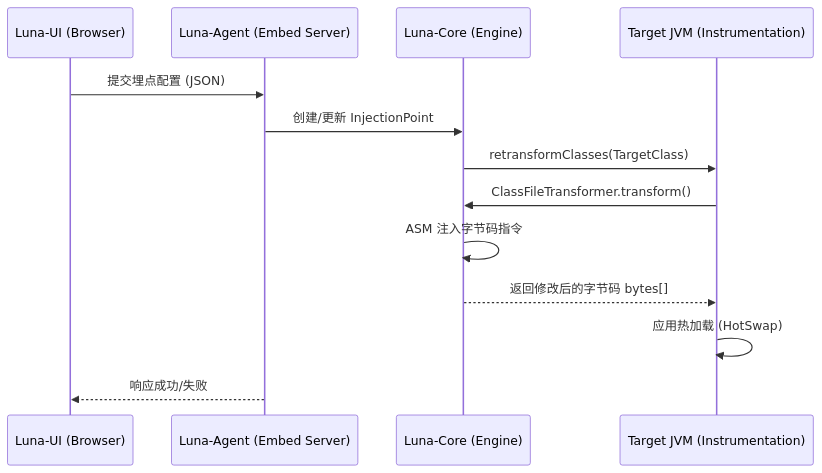
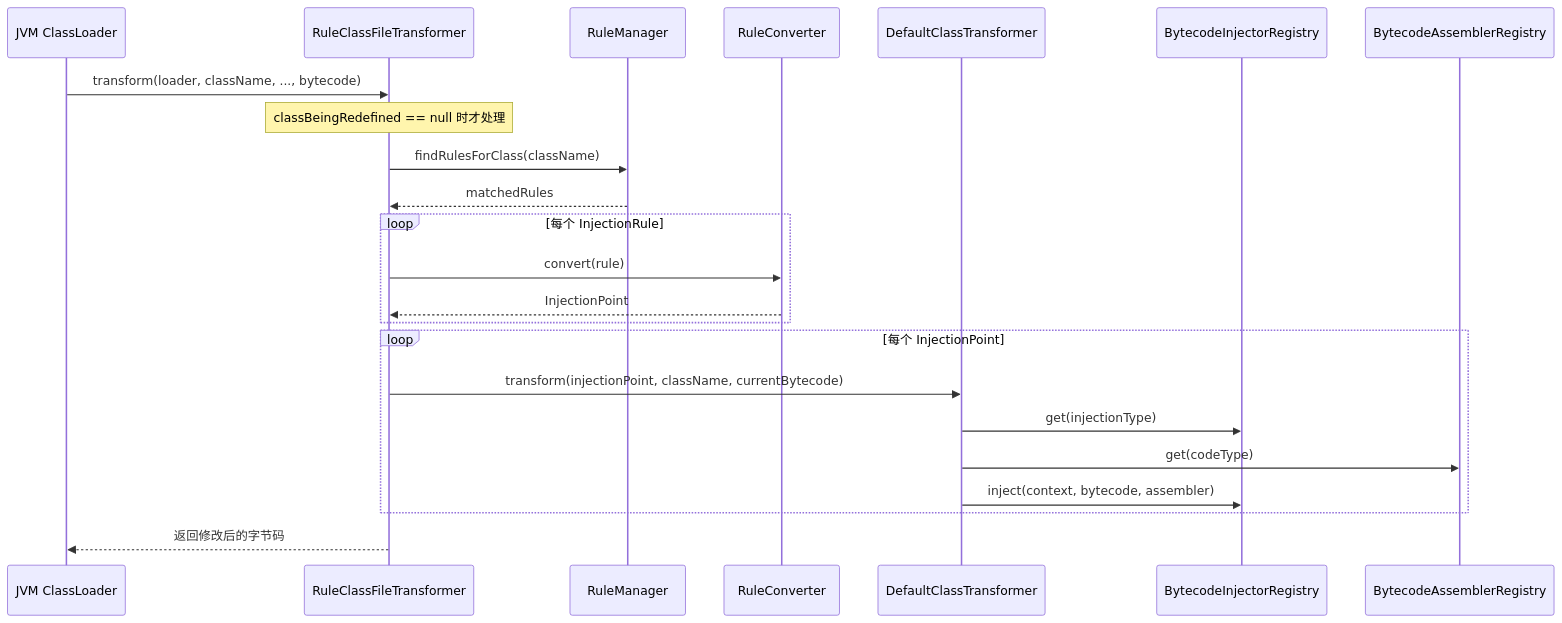
The third of 17 diagrams in doc/技术架构设计.md (Tonys-L/Luna), drawn with Mermaid before and after one commit. The commit also changed other lines of this file and 141 other files, not shown here.

````diff
--- a/doc/技术架构设计.md
+++ b/doc/技术架构设计.md
@@ -61,16 +241,26 @@
 ```mermaid
 sequenceDiagram
-    participant UI as Luna-UI (Browser)
-    participant Jetty as Luna-Agent (Embed Server)
-    participant Core as Luna-Core (Engine)
-    participant JVM as Target JVM (Instrumentation)
+    participant JVM as JVM ClassLoader
+    participant RCFT as RuleClassFileTransformer
+    participant RM as RuleManager
+    participant RC as RuleConverter
+    participant DCT as DefaultClassTransformer
+    participant BIR as BytecodeInjectorRegistry
+    participant BAR as BytecodeAssemblerRegistry
 
-    UI->>Jetty: 提交埋点配置 (JSON)
-    Jetty->>Core: 创建/更新 InjectionPoint
-    Core->>JVM: retransformClasses(TargetClass)
-    JVM->>Core: ClassFileTransformer.transform()
-    Core->>Core: ASM 注入字节码指令
-    Core-->>JVM: 返回修改后的字节码 bytes[]
-    JVM->>JVM: 应用热加载 (HotSwap)
-    Jetty-->>UI: 响应成功/失败
+    JVM->>RCFT: transform(loader, className, ..., bytecode)
+    Note over RCFT: classBeingRedefined == null 时才处理
+    RCFT->>RM: findRulesForClass(className)
+    RM-->>RCFT: matchedRules
+    loop 每个 InjectionRule
+        RCFT->>RC: convert(rule)
+        RC-->>RCFT: InjectionPoint
+    end
+    loop 每个 InjectionPoint
+        RCFT->>DCT: transform(injectionPoint, className, currentBytecode)
+        DCT->>BIR: get(injectionType)
+        DCT->>BAR: get(codeType)
+        DCT->>BIR: inject(context, bytecode, assembler)
+    end
+    RCFT-->>JVM: 返回修改后的字节码
 ```
````
